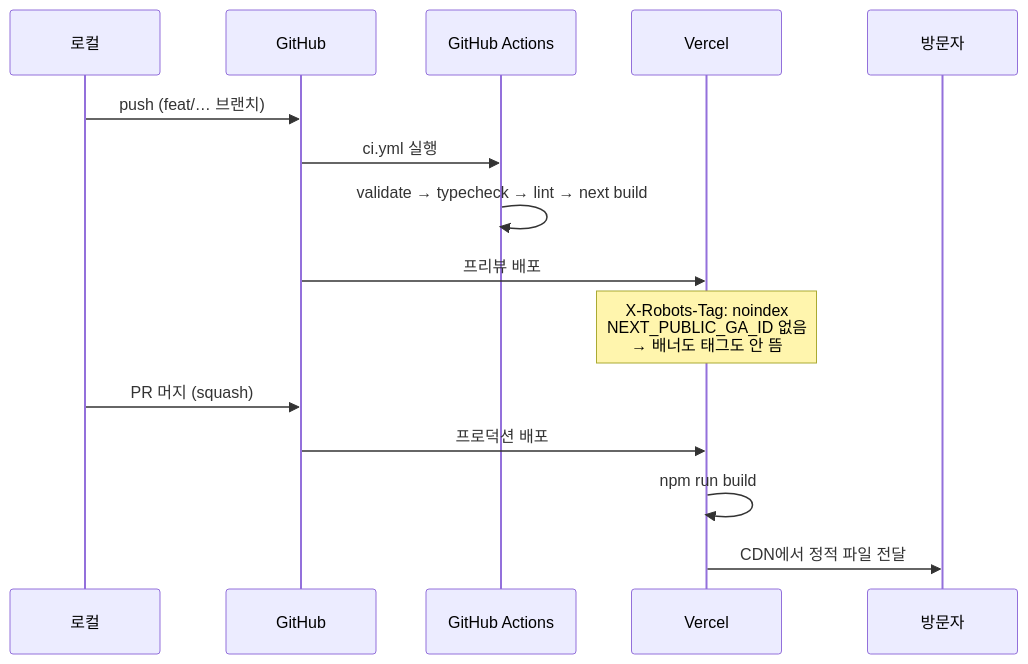
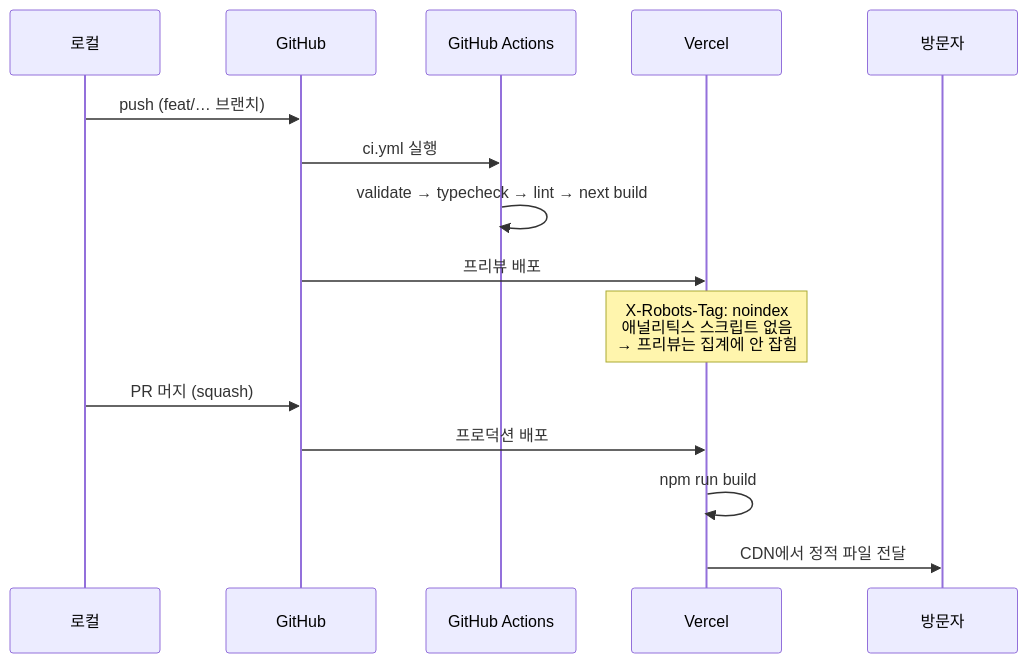
One commit to sehyunnoh/pickleball changed the fourth of 8 diagrams in docs/ARCHITECTURE.md. Above: the diagram before and after it, drawn with Mermaid. The commit also changed other lines of this file and 14 other files, not shown here.

````diff
--- a/docs/ARCHITECTURE.md
+++ b/docs/ARCHITECTURE.md
@@ -122,19 +122,19 @@
 ```mermaid
 sequenceDiagram
     participant Dev as 로컬
     participant GH as GitHub
     participant CI as GitHub Actions
     participant V as Vercel
     participant U as 방문자
 
     Dev->>GH: push (feat/… 브랜치)
     GH->>CI: ci.yml 실행
     CI->>CI: validate → typecheck → lint → next build
     GH->>V: 프리뷰 배포
-    Note over V: X-Robots-Tag: noindex<br/>NEXT_PUBLIC_GA_ID 없음<br/>→ 배너도 태그도 안 뜸
+    Note over V: X-Robots-Tag: noindex<br/>애널리틱스 스크립트 없음<br/>→ 프리뷰는 집계에 안 잡힘
 
     Dev->>GH: PR 머지 (squash)
     GH->>V: 프로덕션 배포
     V->>V: npm run build
     V->>U: CDN에서 정적 파일 전달
 ```
````
